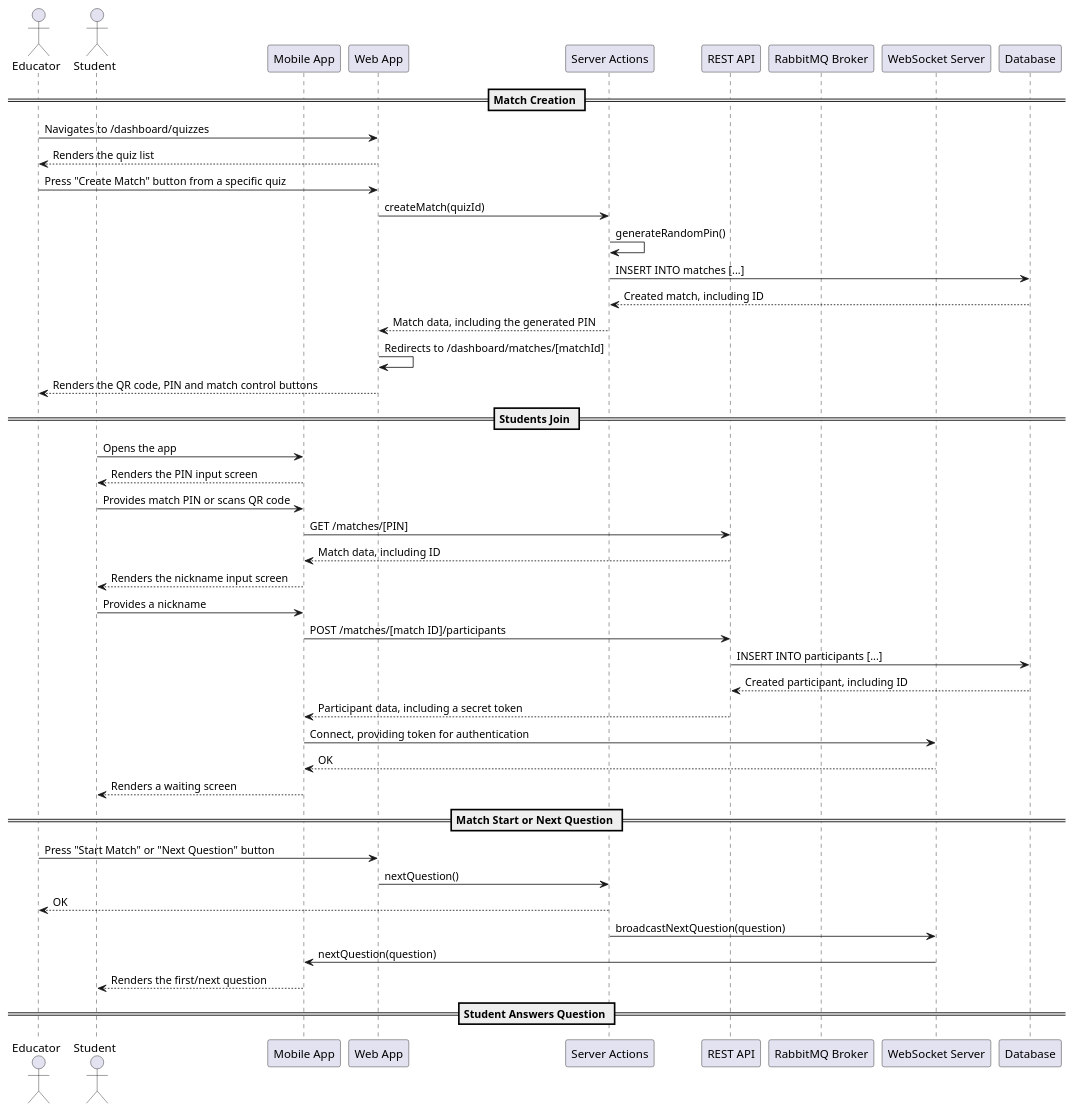
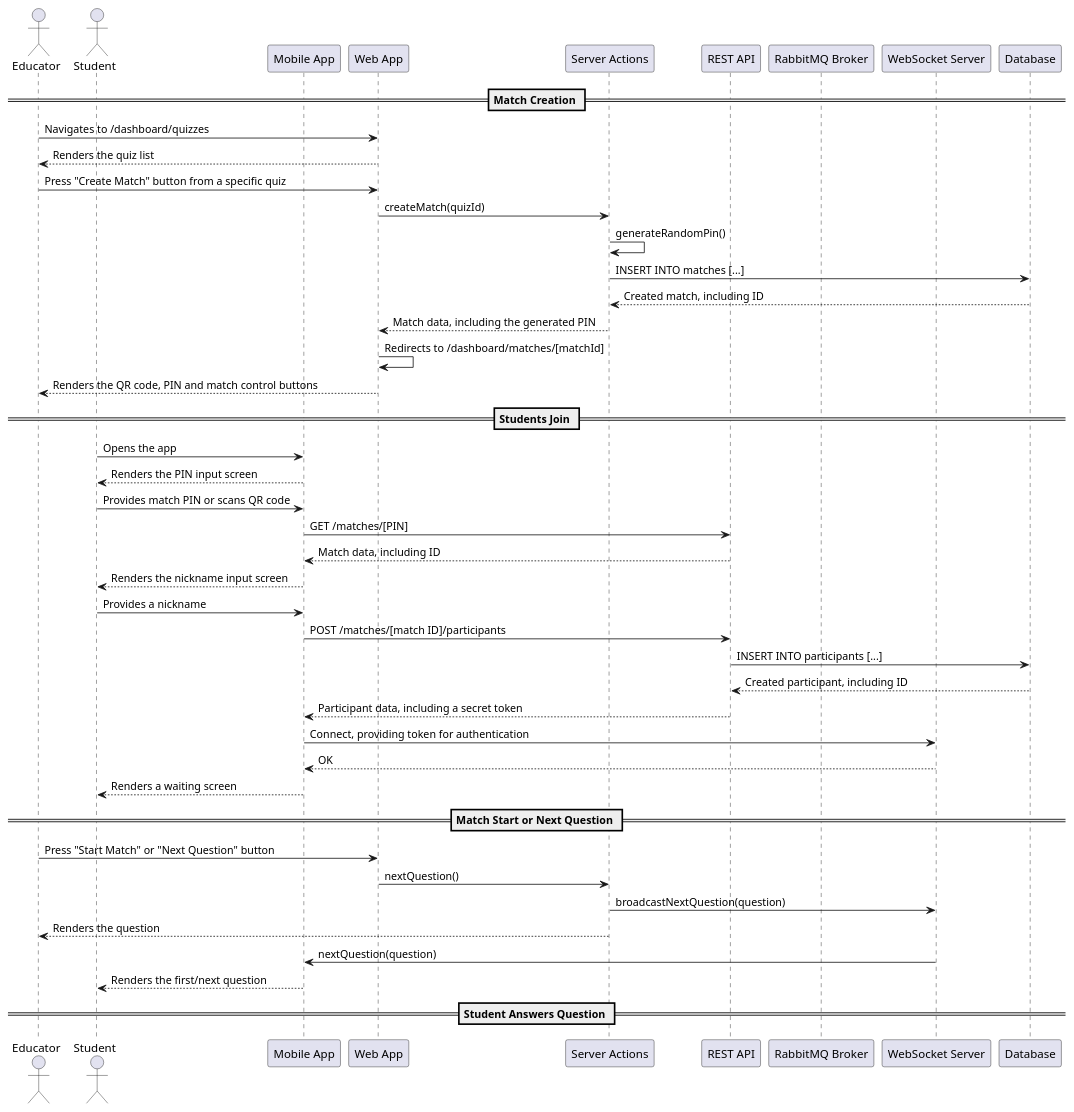
The diagram in docs/assets/diagrama-de-sequencia.puml (lucaazalim/ti-5-mindrush), drawn with PlantUML before and after one commit. The commit also changed 21 other files, not shown here.

```diff
--- a/docs/assets/diagrama-de-sequencia.puml
+++ b/docs/assets/diagrama-de-sequencia.puml
@@ -1,57 +1,57 @@
 @startuml
 actor Educator
 actor Student
 
 participant "Mobile App" as MobileApp
 participant "Web App" as WebApp
 participant "Server Actions" as ServerActions
 participant "REST API" as RESTAPI
 participant "RabbitMQ Broker" as RabbitMQ
 participant "WebSocket Server" as WSS
 participant "Database" as DB
 
 == Match Creation ==
 
 Educator -> WebApp : Navigates to /dashboard/quizzes
 Educator <-- WebApp : Renders the quiz list
 Educator -> WebApp : Press "Create Match" button from a specific quiz
 WebApp -> ServerActions : createMatch(quizId)
 ServerActions -> ServerActions : generateRandomPin()
 ServerActions -> DB : INSERT INTO matches [...]
 ServerActions <-- DB : Created match, including ID
 WebApp <-- ServerActions : Match data, including the generated PIN
 WebApp -> WebApp : Redirects to /dashboard/matches/[matchId]
 Educator <-- WebApp : Renders the QR code, PIN and match control buttons
 
 == Students Join ==
 
 Student -> MobileApp : Opens the app
 Student <-- MobileApp : Renders the PIN input screen
 Student -> MobileApp : Provides match PIN or scans QR code
 MobileApp -> RESTAPI : GET /matches/[PIN]
 MobileApp <-- RESTAPI : Match data, including ID
 Student <-- MobileApp : Renders the nickname input screen
 
 Student -> MobileApp : Provides a nickname
 MobileApp -> RESTAPI : POST /matches/[match ID]/participants
 RESTAPI -> DB : INSERT INTO participants [...]
 RESTAPI <-- DB : Created participant, including ID
 MobileApp <-- RESTAPI : Participant data, including a secret token
 
 MobileApp -> WSS : Connect, providing token for authentication
 MobileApp <-- WSS : OK
 
 Student <-- MobileApp : Renders a waiting screen
 
 == Match Start or Next Question ==
 
 Educator -> WebApp : Press "Start Match" or "Next Question" button
 WebApp -> ServerActions : nextQuestion()
-Educator <-- ServerActions : OK
 ServerActions -> WSS : broadcastNextQuestion(question)
+Educator <-- ServerActions : Renders the question
 WSS -> MobileApp : nextQuestion(question)
 Student <-- MobileApp : Renders the first/next question
 
 == Student Answers Question ==
 
 @enduml
```
